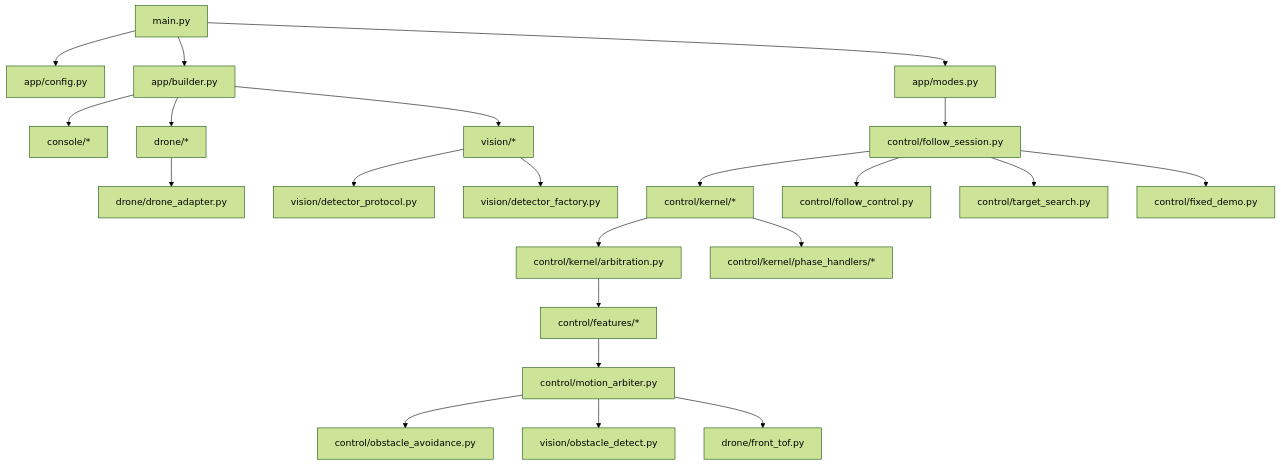
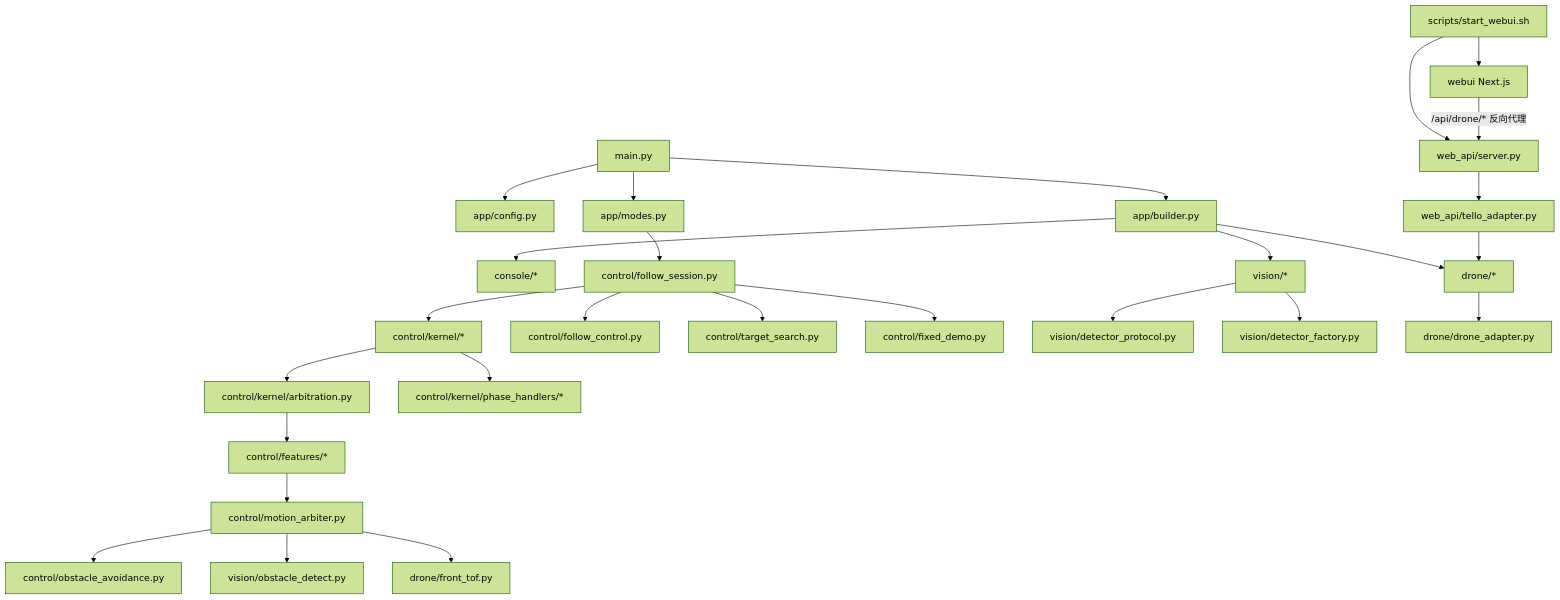
The first of 3 diagrams in docs/02-系统架构与生命周期.md (player-Muteki/PhantomFilmer), drawn with Mermaid (forest theme) before and after one commit. The commit also changed other lines of this file and 9 other files, not shown here.

````diff
--- a/docs/02-系统架构与生命周期.md
+++ b/docs/02-系统架构与生命周期.md
@@ -9,24 +9,29 @@
 ```mermaid
 flowchart TD
     MAIN[main.py] --> CONFIG[app/config.py]
     MAIN --> BUILDER[app/builder.py]
     MAIN --> MODES[app/modes.py]
+    WEBSTART[scripts/start_webui.sh] --> WEBUI[webui Next.js]
+    WEBSTART --> WEBAPI[web_api/server.py]
+    WEBUI -->|/api/drone/* 反向代理| WEBAPI
+    WEBAPI --> WEBADAPTER[web_api/tello_adapter.py]
     BUILDER --> CONSOLE[console/*]
     BUILDER --> DRONE[drone/*]
     BUILDER --> VISION[vision/*]
     MODES --> SESSION[control/follow_session.py]
     SESSION --> KERNEL[control/kernel/*]
     SESSION --> CTRL[control/follow_control.py]
     SESSION --> SEARCH[control/target_search.py]
     SESSION --> FIXED[control/fixed_demo.py]
     KERNEL --> ARBIT[control/kernel/arbitration.py]
     KERNEL --> PHASES[control/kernel/phase_handlers/*]
     ARBIT --> FEATURES[control/features/*]
     FEATURES --> ARBITER[control/motion_arbiter.py]
     ARBITER --> OBS[control/obstacle_avoidance.py]
     ARBITER --> VOBST[vision/obstacle_detect.py]
     ARBITER --> TOF[drone/front_tof.py]
     VISION --> DPROTO[vision/detector_protocol.py]
     VISION --> DFAC[vision/detector_factory.py]
     DRONE --> DADAPT[drone/drone_adapter.py]
+    WEBADAPTER --> DRONE
 ```
````
